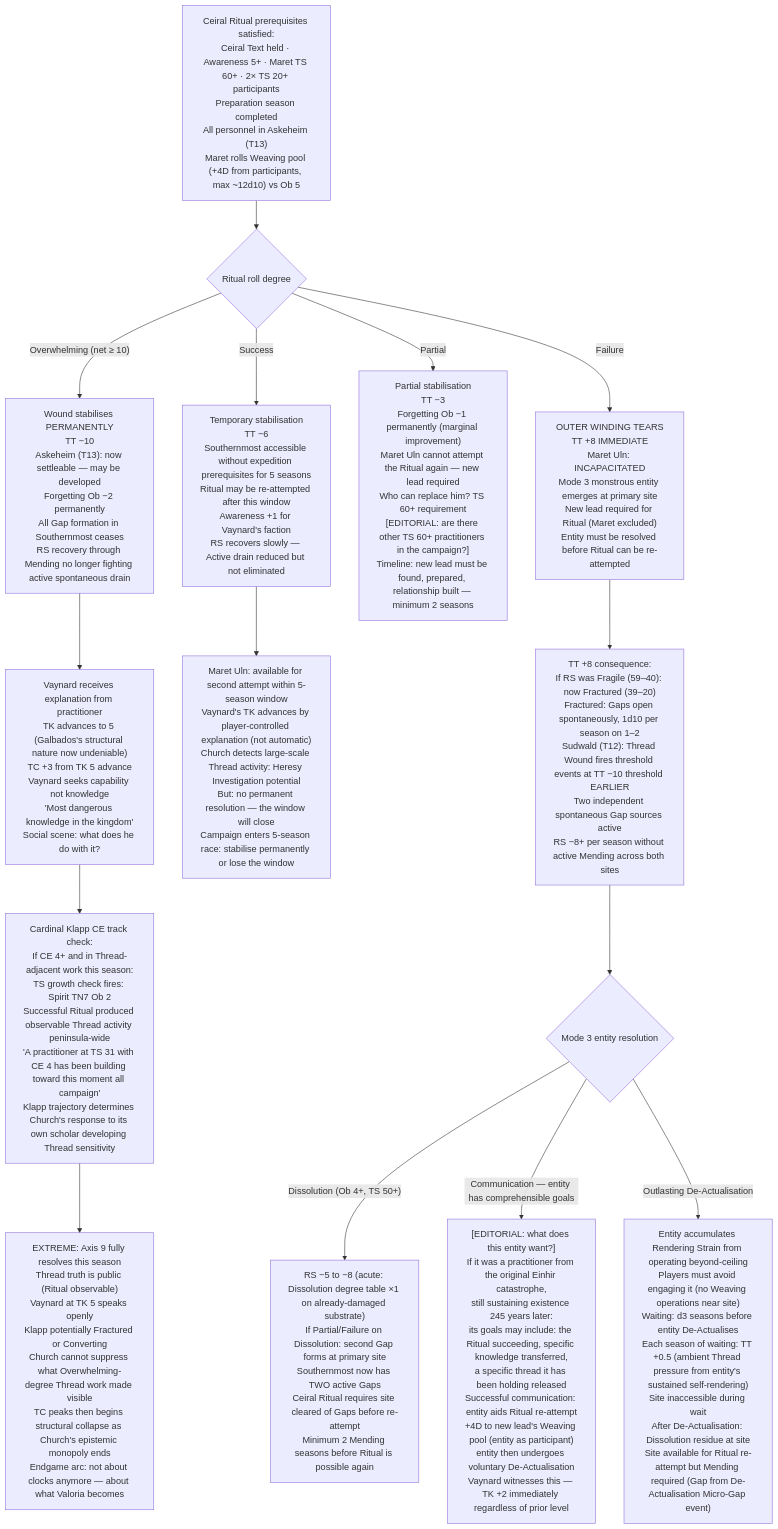
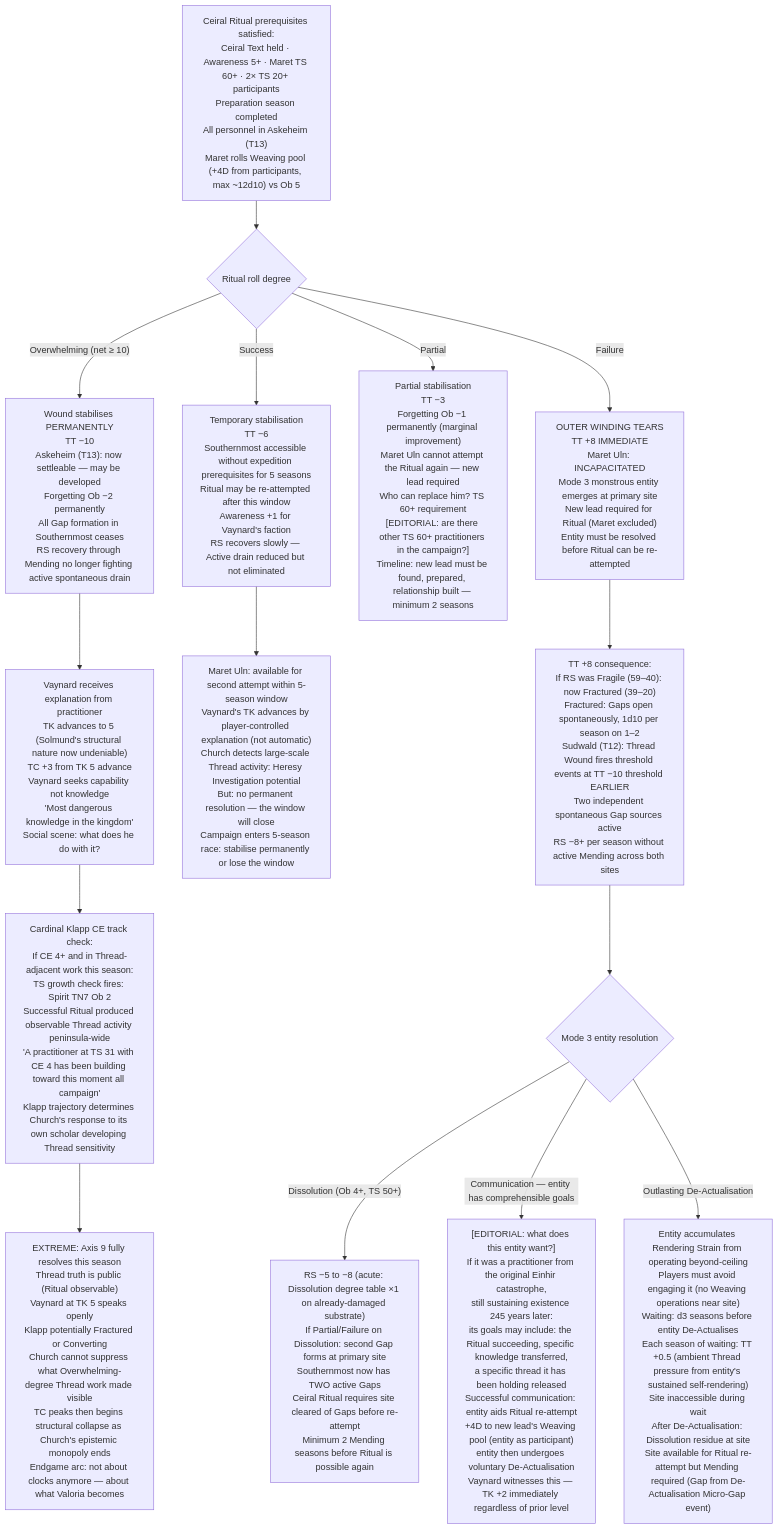
The third of 4 diagrams in designs/gm_ref_cp14/arcs/arcs_20_23_branching.md (jordanelias/ttrpg), drawn with Mermaid before and after one commit. The commit also changed other lines of this file and 21 other files, not shown here.

Commit message:
[cleanup] rename Galbados → Solmund (batch 2/2) — 22 files

````diff
--- a/designs/gm_ref_cp14/arcs/arcs_20_23_branching.md
+++ b/designs/gm_ref_cp14/arcs/arcs_20_23_branching.md
@@ -188,21 +188,21 @@
 ```mermaid
 flowchart TD
     A["Ceiral Ritual prerequisites satisfied:\nCeiral Text held · Awareness 5+ · Maret TS 60+ · 2× TS 20+ participants\nPreparation season completed\nAll personnel in Askeheim (T13)\nMaret rolls Weaving pool (+4D from participants, max ~12d10) vs Ob 5"] --> B{Ritual roll degree}
     
     B -->|"Overwhelming (net ≥ 10)"| C["Wound stabilises PERMANENTLY\nTT −10\nAskeheim (T13): now settleable — may be developed\nForgetting Ob −2 permanently\nAll Gap formation in Southernmost ceases\nRS recovery through Mending no longer fighting active spontaneous drain"]
-    C --> D["Vaynard receives explanation from practitioner\nTK advances to 5 (Galbados's structural nature now undeniable)\nTC +3 from TK 5 advance\nVaynard seeks capability not knowledge\n'Most dangerous knowledge in the kingdom'\nSocial scene: what does he do with it?"]
+    C --> D["Vaynard receives explanation from practitioner\nTK advances to 5 (Solmund's structural nature now undeniable)\nTC +3 from TK 5 advance\nVaynard seeks capability not knowledge\n'Most dangerous knowledge in the kingdom'\nSocial scene: what does he do with it?"]
     D --> E["Cardinal Klapp CE track check:\nIf CE 4+ and in Thread-adjacent work this season:\nTS growth check fires: Spirit TN7 Ob 2\nSuccessful Ritual produced observable Thread activity peninsula-wide\n'A practitioner at TS 31 with CE 4 has been building toward this moment all campaign'\nKlapp trajectory determines Church's response to its own scholar developing Thread sensitivity"]
     E --> F["EXTREME: Axis 9 fully resolves this season\nThread truth is public (Ritual observable)\nVaynard at TK 5 speaks openly\nKlapp potentially Fractured or Converting\nChurch cannot suppress what Overwhelming-degree Thread work made visible\nTC peaks then begins structural collapse as Church's epistemic monopoly ends\nEndgame arc: not about clocks anymore — about what Valoria becomes"]
     
     B -->|"Success"| G["Temporary stabilisation\nTT −6\nSouthernmost accessible without expedition prerequisites for 5 seasons\nRitual may be re-attempted after this window\nAwareness +1 for Vaynard's faction\nRS recovers slowly — Active drain reduced but not eliminated"]
     G --> H["Maret Uln: available for second attempt within 5-season window\nVaynard's TK advances by player-controlled explanation (not automatic)\nChurch detects large-scale Thread activity: Heresy Investigation potential\nBut: no permanent resolution — the window will close\nCampaign enters 5-season race: stabilise permanently or lose the window"]
     
     B -->|"Partial"| I["Partial stabilisation\nTT −3\nForgetting Ob −1 permanently (marginal improvement)\nMaret Uln cannot attempt the Ritual again — new lead required\nWho can replace him? TS 60+ requirement\n[EDITORIAL: are there other TS 60+ practitioners in the campaign?]\nTimeline: new lead must be found, prepared, relationship built — minimum 2 seasons"]
     
     B -->|"Failure"| J["OUTER WINDING TEARS\nTT +8 IMMEDIATE\nMaret Uln: INCAPACITATED\nMode 3 monstrous entity emerges at primary site\nNew lead required for Ritual (Maret excluded)\nEntity must be resolved before Ritual can be re-attempted"]
     J --> K["TT +8 consequence:\nIf RS was Fragile (59–40): now Fractured (39–20)\nFractured: Gaps open spontaneously, 1d10 per season on 1–2\nSudwald (T12): Thread Wound fires threshold events at TT −10 threshold EARLIER\nTwo independent spontaneous Gap sources active\nRS −8+ per season without active Mending across both sites"]
     K --> L{Mode 3 entity resolution}
     L -->|"Dissolution (Ob 4+, TS 50+)"| M["RS −5 to −8 (acute: Dissolution degree table ×1 on already-damaged substrate)\nIf Partial/Failure on Dissolution: second Gap forms at primary site\nSouthernmost now has TWO active Gaps\nCeiral Ritual requires site cleared of Gaps before re-attempt\nMinimum 2 Mending seasons before Ritual is possible again"]
     L -->|"Communication — entity has comprehensible goals"| N["[EDITORIAL: what does this entity want?]\nIf it was a practitioner from the original Einhir catastrophe,\nstill sustaining existence 245 years later:\nits goals may include: the Ritual succeeding, specific knowledge transferred,\na specific thread it has been holding released\nSuccessful communication: entity aids Ritual re-attempt\n+4D to new lead's Weaving pool (entity as participant)\nentity then undergoes voluntary De-Actualisation\nVaynard witnesses this — TK +2 immediately regardless of prior level"]
     L -->|"Outlasting De-Actualisation"| O["Entity accumulates Rendering Strain from operating beyond-ceiling\nPlayers must avoid engaging it (no Weaving operations near site)\nWaiting: d3 seasons before entity De-Actualises\nEach season of waiting: TT +0.5 (ambient Thread pressure from entity's sustained self-rendering)\nSite inaccessible during wait\nAfter De-Actualisation: Dissolution residue at site\nSite available for Ritual re-attempt but Mending required (Gap from De-Actualisation Micro-Gap event)"]
 ```
````
